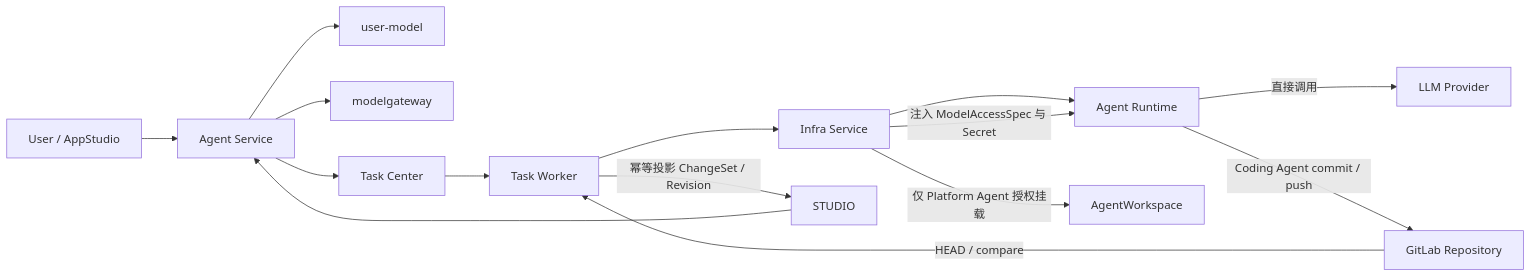
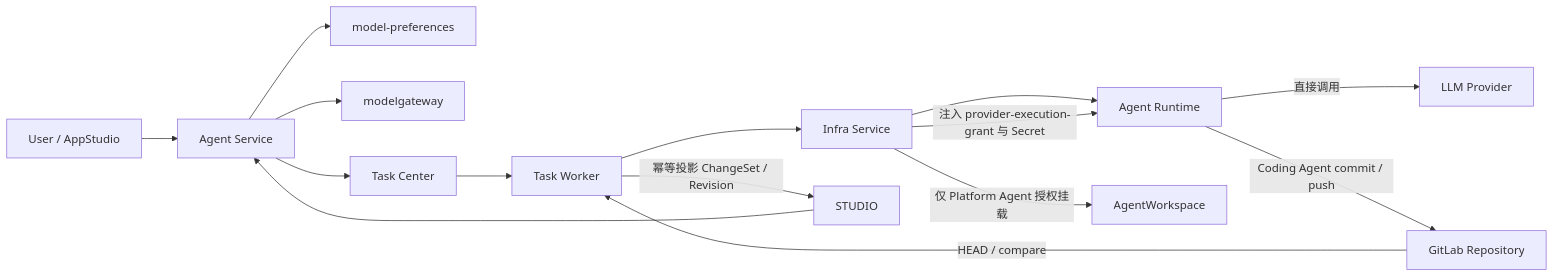
One commit to wangweihong/omnimam-spec changed the ninth of 9 diagrams in 00_product/domains/agent/product-spec.md. Above: the diagram before and after it, drawn with Mermaid. The commit also changed other lines of this file and 67 other files, not shown here.

Commit message:
spec: implement unified provider account architecture

````diff
--- a/00_product/domains/agent/product-spec.md
+++ b/00_product/domains/agent/product-spec.md
@@ -2710,31 +2708,31 @@
 ```mermaid
 flowchart LR
     USER[User / AppStudio]
     AS[Agent Service]
-    MM[user-model]
+    MM[model-preferences]
     MG[modelgateway]
     INFRA[Infra Service]
     AGENT[Agent Runtime]
     LLM[LLM Provider]
     AWS[AgentWorkspace]
     GL[GitLab Repository]
     TC[Task Center]
 
     USER --> AS
     STUDIO --> AS
 
     AS --> MM
     AS --> MG
     AS --> TC
 
     TC --> WORKER[Task Worker]
     WORKER --> INFRA
     INFRA --> AGENT
     INFRA -->|仅 Platform Agent 授权挂载| AWS
-    INFRA -->|注入 ModelAccessSpec 与 Secret| AGENT
+    INFRA -->|注入 provider-execution-grant 与 Secret| AGENT
 
     AGENT -->|直接调用| LLM
     AGENT -->|Coding Agent commit / push| GL
     GL -->|HEAD / compare| WORKER
     WORKER -->|幂等投影 ChangeSet / Revision| STUDIO
 ```
````
